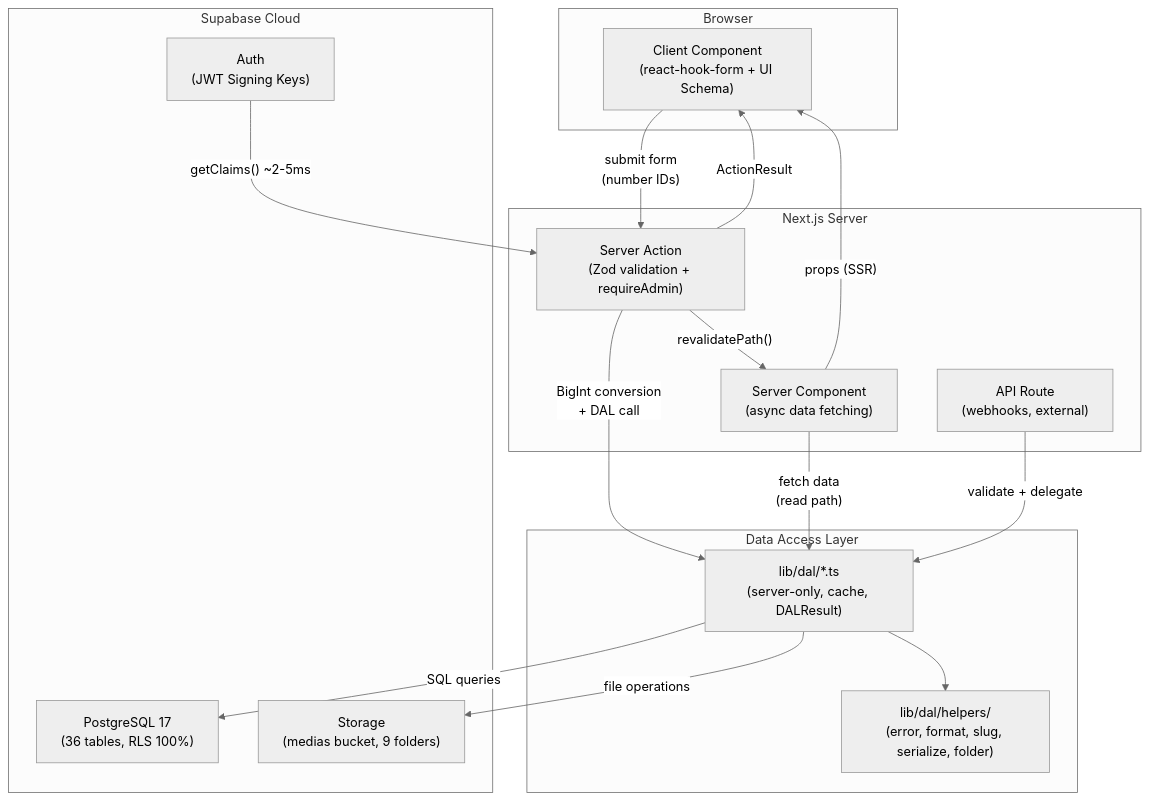
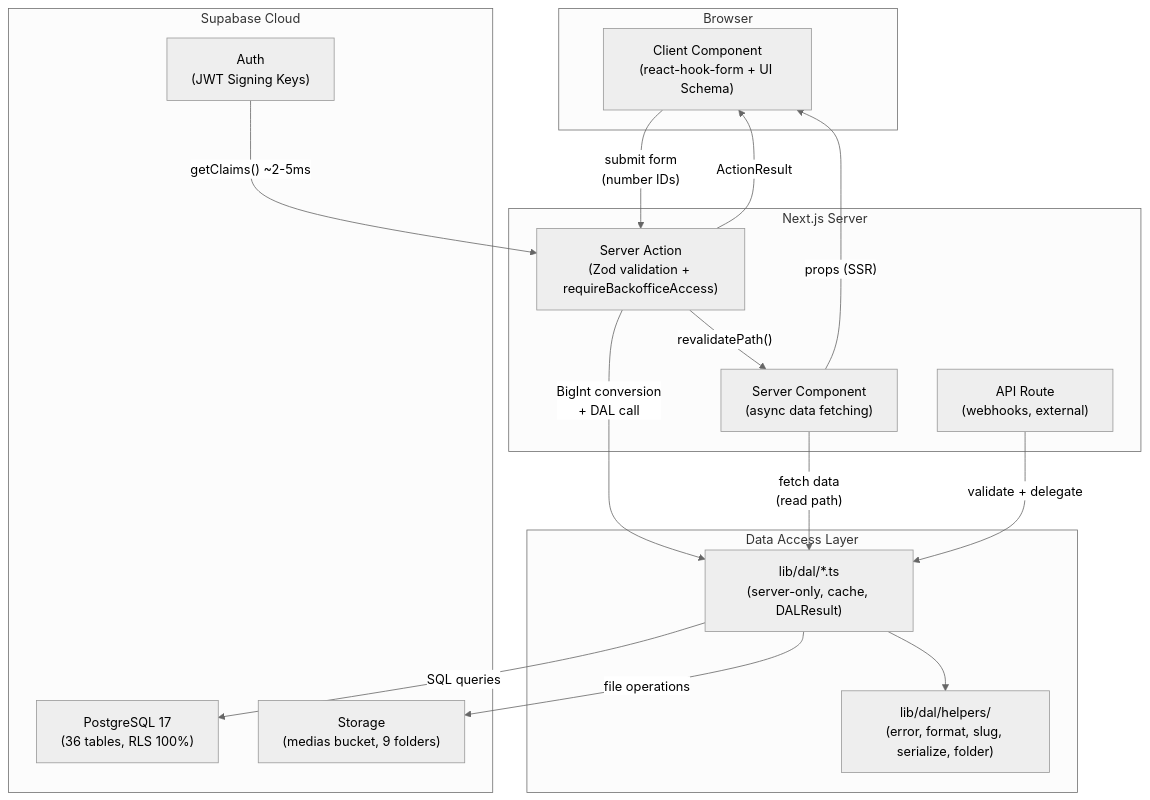
Before and after one commit to YanBerdin/rougecardinalcompany: the third of 4 diagrams in memory-bank/architecture/Project_Architecture_Blueprint.md, drawn with Mermaid (neutral theme). The commit also changed other lines of this file and 9 other files, not shown here.

````diff
--- a/memory-bank/architecture/Project_Architecture_Blueprint.md
+++ b/memory-bank/architecture/Project_Architecture_Blueprint.md
@@ -169,35 +169,35 @@
 ```mermaid
 flowchart TB
     subgraph Browser["Browser"]
         UI["Client Component\n(react-hook-form + UI Schema)"]
     end
 
     subgraph NextJS["Next.js Server"]
-        SA["Server Action\n(Zod validation + requireAdmin)"]
+        SA["Server Action\n(Zod validation + requireBackofficeAccess)"]
         SC["Server Component\n(async data fetching)"]
         API["API Route\n(webhooks, external)"]
     end
 
     subgraph DAL["Data Access Layer"]
         DALMOD["lib/dal/*.ts\n(server-only, cache, DALResult)"]
         HELPERS["lib/dal/helpers/\n(error, format, slug, serialize, folder)"]
     end
 
     subgraph DB["Supabase Cloud"]
         PG["PostgreSQL 17\n(36 tables, RLS 100%)"]
         STORAGE["Storage\n(medias bucket, 9 folders)"]
         AUTH["Auth\n(JWT Signing Keys)"]
     end
 
     UI -->|"submit form\n(number IDs)"| SA
     SA -->|"BigInt conversion\n+ DAL call"| DALMOD
     SC -->|"fetch data\n(read path)"| DALMOD
     API -->|"validate + delegate"| DALMOD
     DALMOD --> HELPERS
     DALMOD -->|"SQL queries"| PG
     DALMOD -->|"file operations"| STORAGE
     SA -->|"revalidatePath()"| SC
     SA -->|"ActionResult"| UI
     SC -->|"props (SSR)"| UI
     AUTH -->|"getClaims() ~2-5ms"| SA
 ```
````
